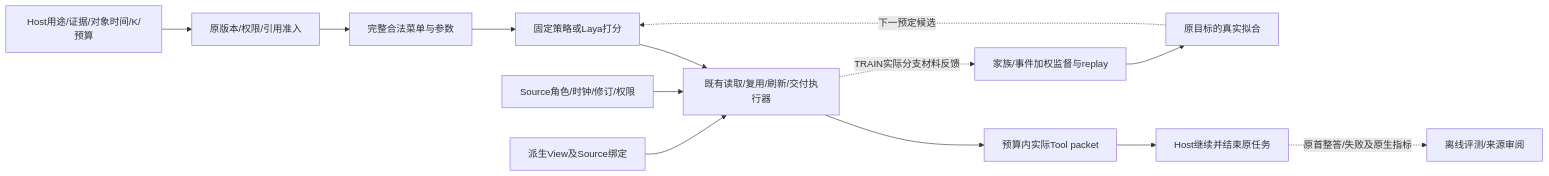
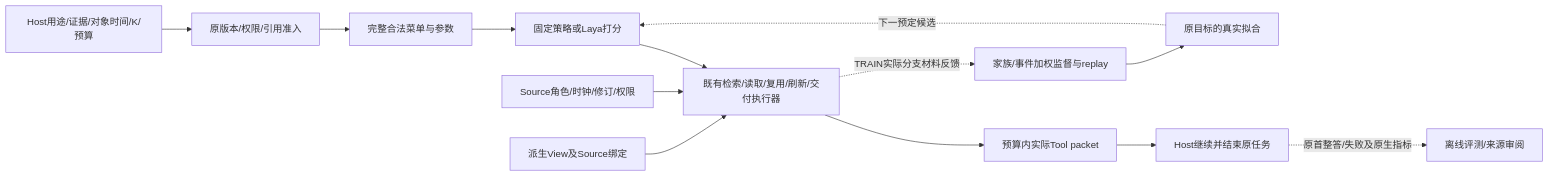
The diagram in MiLAi-Lab/docs/MILAI_A100_DEVELOPMENT_RESULTS_DRAFT_20261107.md (minguselandy/MiLAi), drawn with Mermaid before and after one commit. The commit also changed other lines of this file and 4 other files, not shown here.

````diff
--- a/MiLAi-Lab/docs/MILAI_A100_DEVELOPMENT_RESULTS_DRAFT_20261107.md
+++ b/MiLAi-Lab/docs/MILAI_A100_DEVELOPMENT_RESULTS_DRAFT_20261107.md
@@ -46,15 +46,15 @@
 ```mermaid
 flowchart LR
     H[Host用途/证据/对象时间/K/预算] --> G[原版本/权限/引用准入]
     G --> M[完整合法菜单与参数]
     M --> P[固定策略或Laya打分]
-    P --> E[既有读取/复用/刷新/交付执行器]
+    P --> E[既有检索/读取/复用/刷新/交付执行器]
     S[Source角色/时钟/修订/权限] --> E
     V[派生View及Source绑定] --> E
     E --> R[预算内实际Tool packet]
     R --> F[Host继续并结束原任务]
     E -. TRAIN实际分支材料反馈 .-> T[家族/事件加权监督与replay]
     T --> W[原目标的真实拟合]
     W -. 下一预定候选 .-> P
     F -. 原首整答/失败及原生指标 .-> Q[离线评测/来源审阅]
 ```
````
